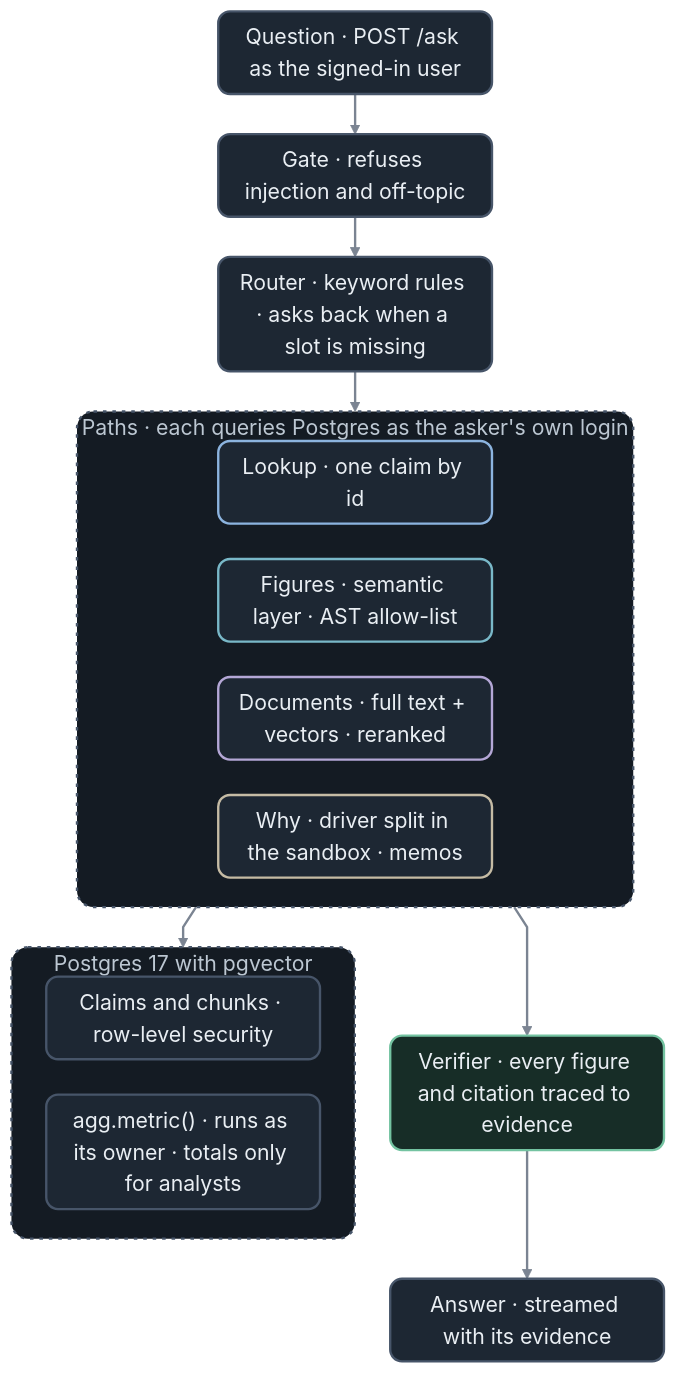
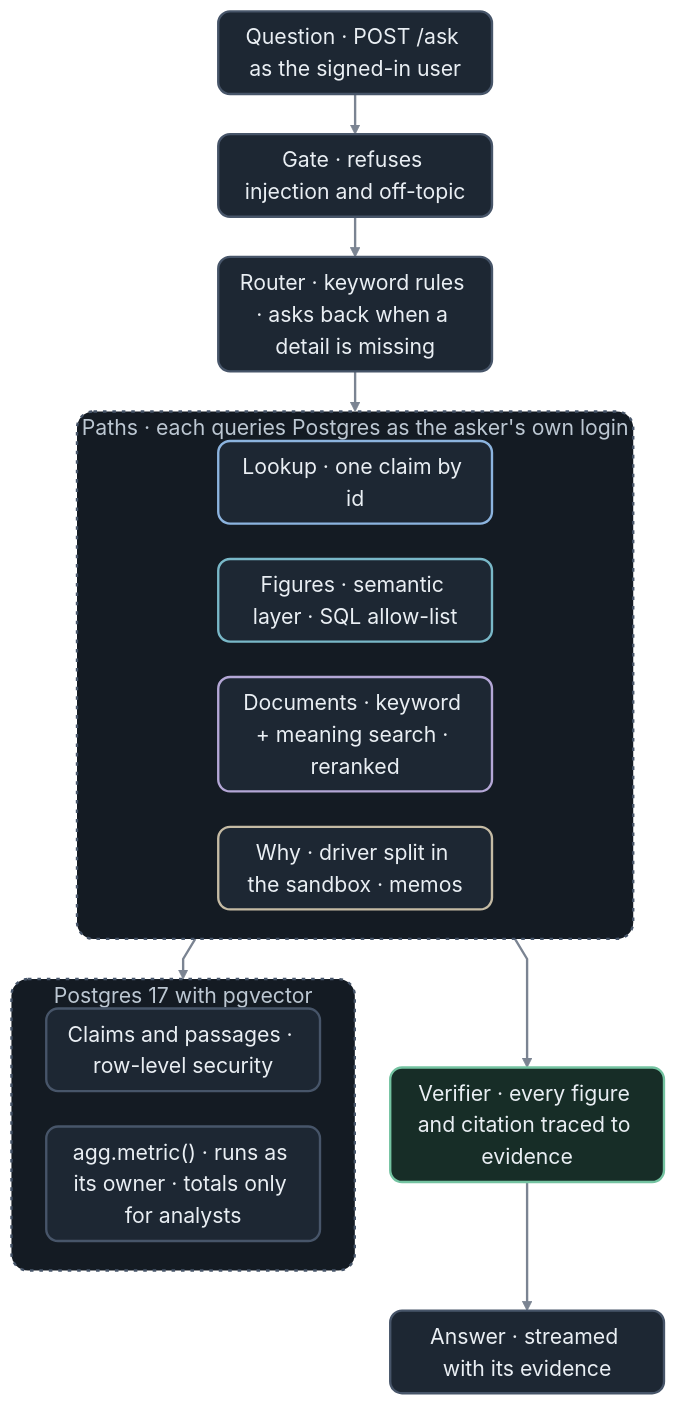
The diagram in README.md (jameswniu/insurance-claims-rag-search-retrieval), drawn with Mermaid before and after one commit. The commit also changed other lines of this file and 1 other file, not shown here.

````diff
--- a/README.md
+++ b/README.md
@@ -61,41 +65,41 @@
 ```mermaid
 %%{init: {"theme":"base","flowchart":{"curve":"linear","nodeSpacing":30,"rankSpacing":34,"padding":8},"themeVariables":{"darkMode":true,"background":"#10161D","fontFamily":"BlinkMacSystemFont,Segoe UI,Noto Sans,Helvetica,Arial","fontSize":"18px","primaryColor":"#1D2733","primaryTextColor":"#E9EEF3","primaryBorderColor":"#475569","secondaryColor":"#172D27","secondaryTextColor":"#E9EEF3","secondaryBorderColor":"#74C3A1","tertiaryColor":"#141B23","tertiaryTextColor":"#BCC7D2","tertiaryBorderColor":"#475569","textColor":"#E9EEF3","nodeTextColor":"#E9EEF3","mainBkg":"#1D2733","nodeBorder":"#475569","clusterBkg":"#141B23","clusterBorder":"#475569","titleColor":"#BCC7D2","lineColor":"#7B8492","defaultLinkColor":"#7B8492","arrowheadColor":"#7B8492","edgeLabelBackground":"#18212B"}}}%%
 flowchart TD
     Q["Question · POST /ask as the signed-in user"]
     GATE["Gate · refuses injection and off-topic"]
-    ROUTE["Router · keyword rules · asks back when a slot is missing"]
+    ROUTE["Router · keyword rules · asks back when a detail is missing"]
 
     subgraph PATHS["Paths · each queries Postgres as the asker's own login"]
         direction LR
         LOOK["Lookup · one claim by id"]
-        FIG["Figures · semantic layer · AST allow-list"]
-        DOCS["Documents · full text + vectors · reranked"]
+        FIG["Figures · semantic layer · SQL allow-list"]
+        DOCS["Documents · keyword + meaning search · reranked"]
         WHY["Why · driver split in the sandbox · memos"]
     end
 
     subgraph STORE["Postgres 17 with pgvector"]
         direction LR
-        RLS["Claims and chunks · row-level security"]
+        RLS["Claims and passages · row-level security"]
         AGG["agg.metric() · runs as its owner · totals only for analysts"]
     end
 
     VER["Verifier · every figure and citation traced to evidence"]
     ANS["Answer · streamed with its evidence"]
 
     Q --> GATE --> ROUTE --> PATHS --> VER --> ANS
     PATHS --> STORE
 
     classDef step fill:#1D2733,stroke:#475569,color:#E9EEF3,stroke-width:2px,rx:10px,ry:10px
     classDef path fill:#1D2733,color:#E9EEF3,stroke-width:2px,rx:10px,ry:10px
     classDef check fill:#172D27,stroke:#74C3A1,color:#E9EEF3,stroke-width:2px,rx:10px,ry:10px
     class Q,GATE,ROUTE,ANS,RLS,AGG step
     class LOOK,FIG,DOCS,WHY path
     class VER check
     style LOOK stroke:#8CB4DF
     style FIG stroke:#79B8C8
     style DOCS stroke:#B4A7D6
     style WHY stroke:#C5BBA4
     style PATHS fill:#141B23,stroke:#475569,color:#BCC7D2,stroke-width:2px,stroke-dasharray:3 5,rx:14px,ry:14px
     style STORE fill:#141B23,stroke:#475569,color:#BCC7D2,stroke-width:2px,stroke-dasharray:3 5,rx:14px,ry:14px
     linkStyle default stroke:#7B8492,stroke-width:2px
 ```
````
